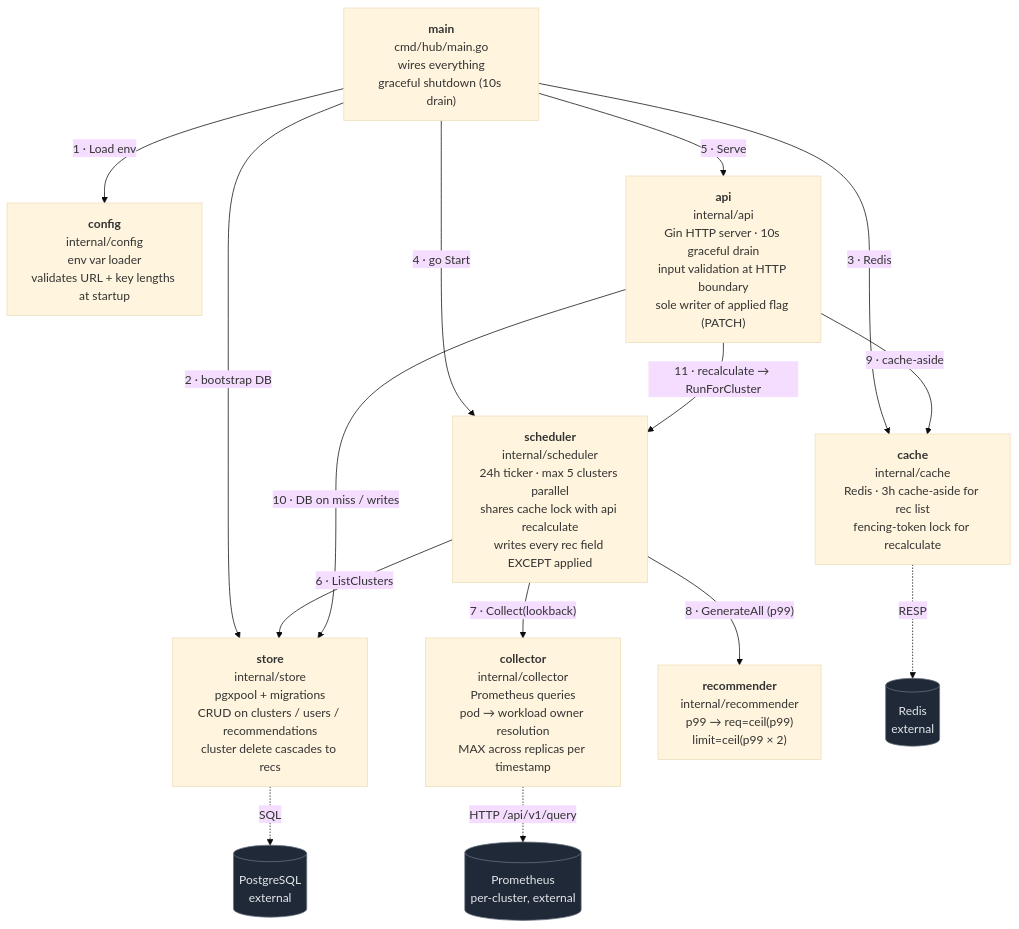
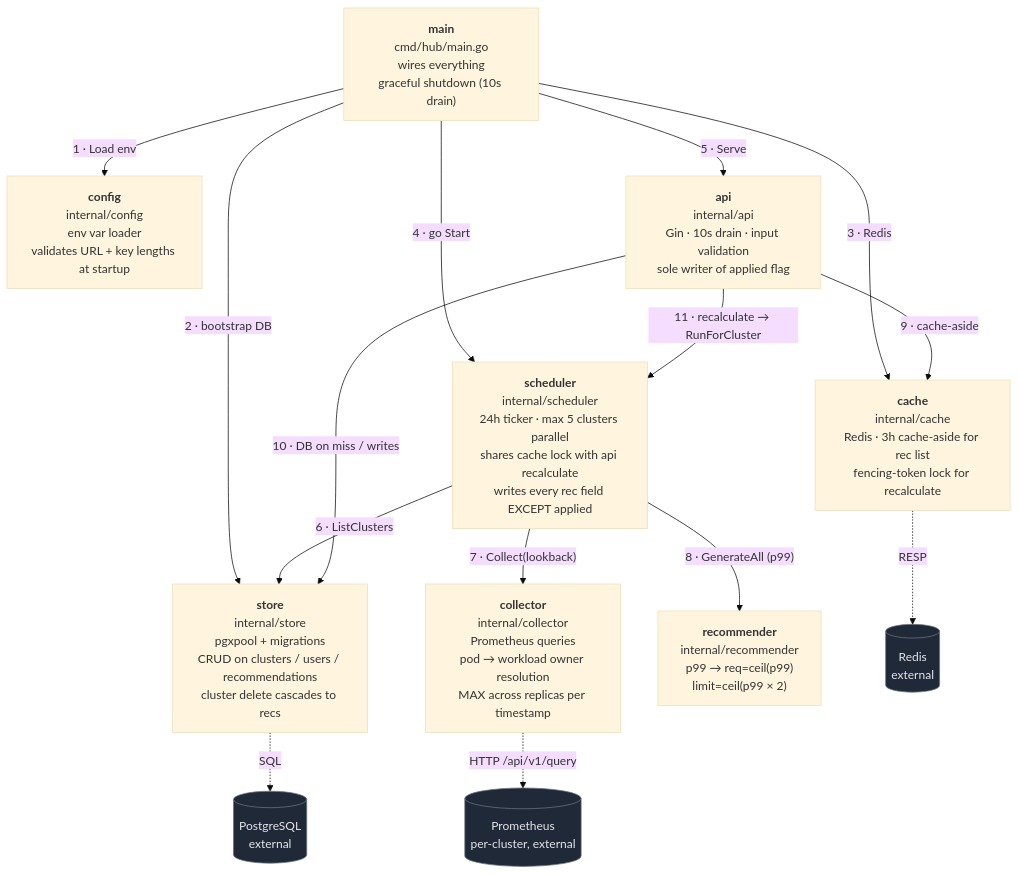
The diagram in docs/code-map.md (RISHABH1270/PodOptix), drawn with Mermaid (base theme) before and after one commit.

Commit message:
docs(code-map): shrink api box label (4 lines → 3)
User wanted the api box smaller on open. Collapsed:
  Gin HTTP server · 10s graceful drain
  input validation at HTTP boundary
→ Gin · 10s drain · input validation

And:
  sole writer of applied flag (PATCH)
→ sole writer of applied flag

Same facts, tighter visual footprint.

````diff
--- a/docs/code-map.md
+++ b/docs/code-map.md
@@ -3,37 +3,37 @@
 ```mermaid
 flowchart TB
     main["<b>main</b><br/>cmd/hub/main.go<br/>wires everything<br/>graceful shutdown (10s drain)"]
 
     config["<b>config</b><br/>internal/config<br/>env var loader<br/>validates URL + key lengths at startup"]
     store["<b>store</b><br/>internal/store<br/>pgxpool + migrations<br/>CRUD on clusters / users / recommendations<br/>cluster delete cascades to recs"]
     cache["<b>cache</b><br/>internal/cache<br/>Redis · 3h cache-aside for rec list<br/>fencing-token lock for recalculate"]
     collector["<b>collector</b><br/>internal/collector<br/>Prometheus queries<br/>pod → workload owner resolution<br/>MAX across replicas per timestamp"]
     recommender["<b>recommender</b><br/>internal/recommender<br/>p99 → req=ceil(p99)<br/>limit=ceil(p99 × 2)"]
     scheduler["<b>scheduler</b><br/>internal/scheduler<br/>24h ticker · max 5 clusters parallel<br/>shares cache lock with api recalculate<br/>writes every rec field EXCEPT applied"]
-    api["<b>api</b><br/>internal/api<br/>Gin HTTP server · 10s graceful drain<br/>input validation at HTTP boundary<br/>sole writer of applied flag (PATCH)"]
+    api["<b>api</b><br/>internal/api<br/>Gin · 10s drain · input validation<br/>sole writer of applied flag"]
 
     pg[("PostgreSQL<br/>external")]
     rd[("Redis<br/>external")]
     prom[("Prometheus<br/>per-cluster, external")]
 
     main -->|"1 · Load env"| config
     main -->|"2 · bootstrap DB"| store
     main -->|"3 · Redis"| cache
     main -->|"4 · go Start"| scheduler
     main -->|"5 · Serve"| api
 
     scheduler -->|"6 · ListClusters"| store
     scheduler -->|"7 · Collect(lookback)"| collector
     scheduler -->|"8 · GenerateAll (p99)"| recommender
 
     api -->|"9 · cache-aside"| cache
     api -->|"10 · DB on miss / writes"| store
     api -->|"11 · recalculate → RunForCluster"| scheduler
 
     store -.->|SQL| pg
     cache -.->|RESP| rd
     collector -.->|HTTP /api/v1/query| prom
 
     classDef ext fill:#1f2937,stroke:#6b7280,color:#e5e7eb
     class pg,rd,prom ext
 ```
````
